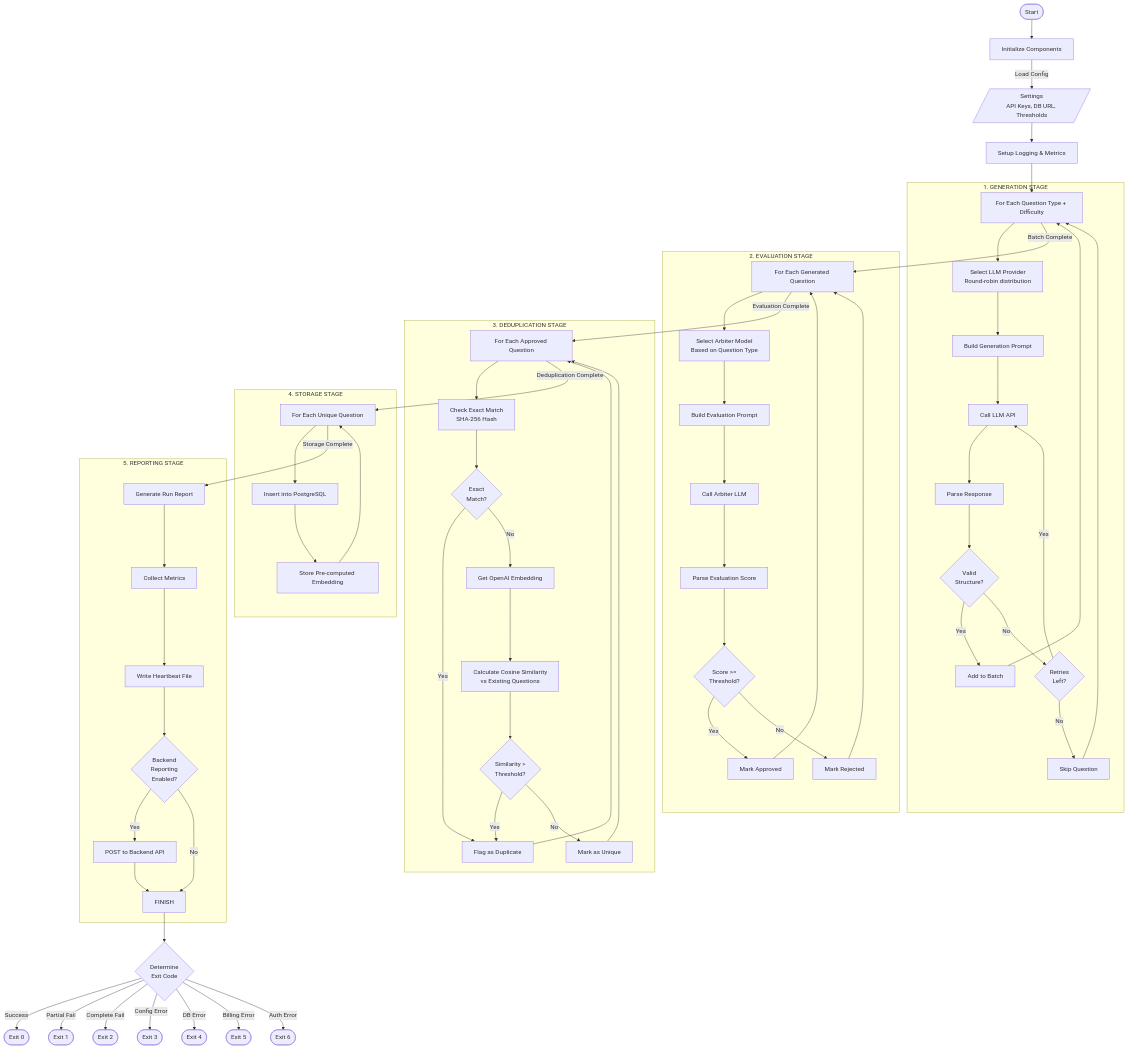
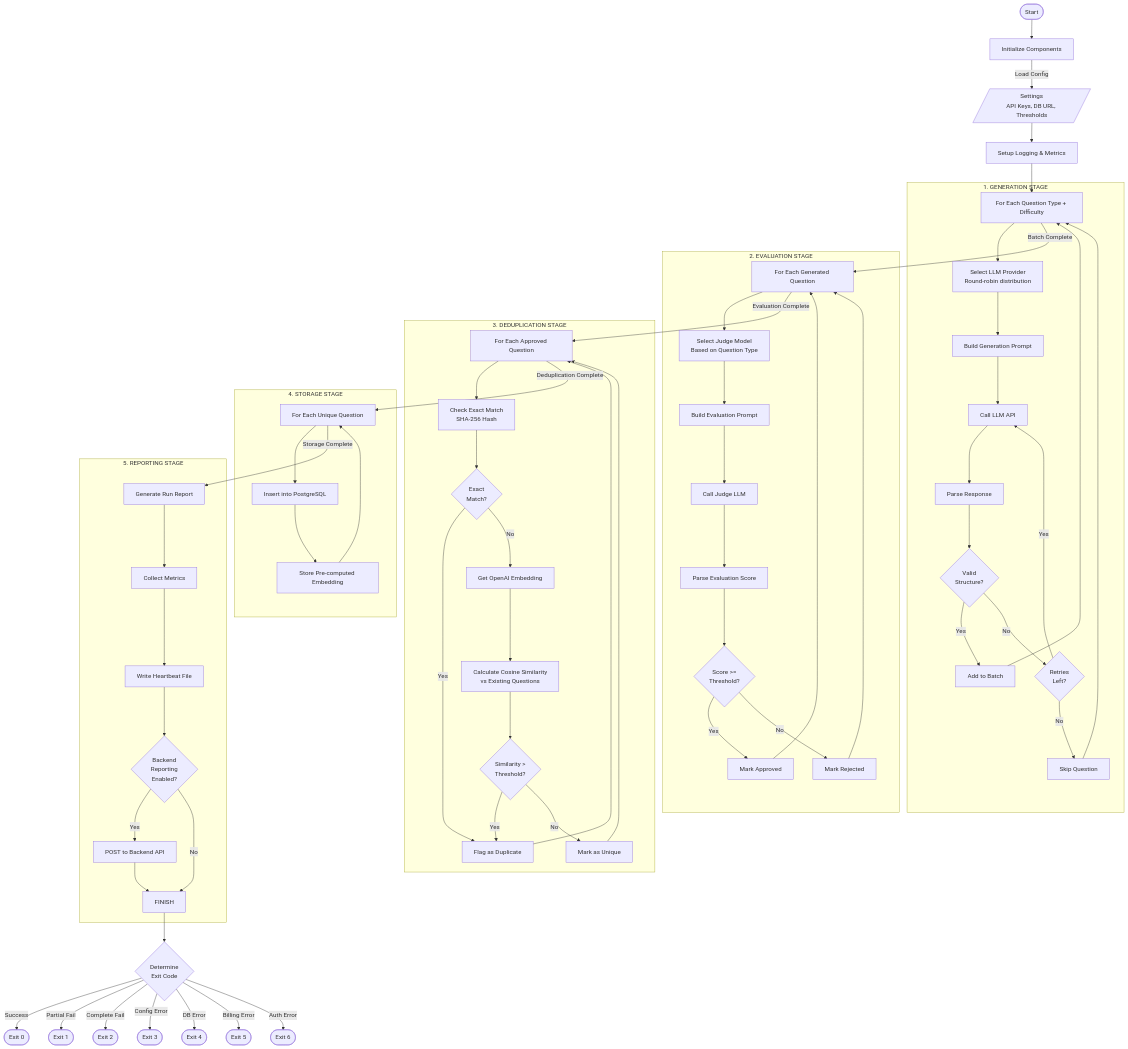
The second of 15 diagrams in question-service/docs/ARCHITECTURE.md (gioe/aiq), drawn with Mermaid before and after one commit. The commit also changed other lines of this file and 58 other files, not shown here.

First line of the commit message:
refactor: Rename arbiter to judge throughout codebase

````diff
--- a/question-service/docs/ARCHITECTURE.md
+++ b/question-service/docs/ARCHITECTURE.md
@@ -64,80 +64,80 @@
 ```mermaid
 flowchart TD
     START([Start]) --> INIT[Initialize Components]
 
     INIT --> |Load Config| CONFIG[/"Settings<br/>API Keys, DB URL, Thresholds"/]
     CONFIG --> SETUP[Setup Logging & Metrics]
 
     SETUP --> GENLOOP[For Each Question Type + Difficulty]
 
     subgraph Generation["1. GENERATION STAGE"]
         GENLOOP --> SELECT[Select LLM Provider<br/>Round-robin distribution]
         SELECT --> PROMPT[Build Generation Prompt]
         PROMPT --> CALL_LLM[Call LLM API]
         CALL_LLM --> PARSE[Parse Response]
         PARSE --> VALIDATE{Valid<br/>Structure?}
         VALIDATE -->|Yes| BATCH[Add to Batch]
         VALIDATE -->|No| RETRY{Retries<br/>Left?}
         RETRY -->|Yes| CALL_LLM
         RETRY -->|No| SKIP[Skip Question]
         SKIP --> GENLOOP
         BATCH --> GENLOOP
     end
 
     GENLOOP --> |Batch Complete| EVALLOOP[For Each Generated Question]
 
     subgraph Evaluation["2. EVALUATION STAGE"]
-        EVALLOOP --> ARBITER[Select Arbiter Model<br/>Based on Question Type]
-        ARBITER --> EVAL_PROMPT[Build Evaluation Prompt]
-        EVAL_PROMPT --> EVAL_CALL[Call Arbiter LLM]
+        EVALLOOP --> JUDGE[Select Judge Model<br/>Based on Question Type]
+        JUDGE --> EVAL_PROMPT[Build Evaluation Prompt]
+        EVAL_PROMPT --> EVAL_CALL[Call Judge LLM]
         EVAL_CALL --> SCORE[Parse Evaluation Score]
         SCORE --> CHECK{Score >= <br/>Threshold?}
         CHECK -->|Yes| APPROVED[Mark Approved]
         CHECK -->|No| REJECTED[Mark Rejected]
         APPROVED --> EVALLOOP
         REJECTED --> EVALLOOP
     end
 
     EVALLOOP --> |Evaluation Complete| DEDUPLOOP[For Each Approved Question]
 
     subgraph Deduplication["3. DEDUPLICATION STAGE"]
         DEDUPLOOP --> EXACT[Check Exact Match<br/>SHA-256 Hash]
         EXACT --> EXACT_CHECK{Exact<br/>Match?}
         EXACT_CHECK -->|Yes| DUP_FLAG[Flag as Duplicate]
         EXACT_CHECK -->|No| EMBED[Get OpenAI Embedding]
         EMBED --> COSINE[Calculate Cosine Similarity<br/>vs Existing Questions]
         COSINE --> SIM_CHECK{Similarity ><br/>Threshold?}
         SIM_CHECK -->|Yes| DUP_FLAG
         SIM_CHECK -->|No| UNIQUE[Mark as Unique]
         DUP_FLAG --> DEDUPLOOP
         UNIQUE --> DEDUPLOOP
     end
 
     DEDUPLOOP --> |Deduplication Complete| STORELOOP[For Each Unique Question]
 
     subgraph Storage["4. STORAGE STAGE"]
         STORELOOP --> INSERT[Insert into PostgreSQL]
         INSERT --> STORE_EMBED[Store Pre-computed Embedding]
         STORE_EMBED --> STORELOOP
     end
 
     STORELOOP --> |Storage Complete| REPORT[Generate Run Report]
 
     subgraph Reporting["5. REPORTING STAGE"]
         REPORT --> METRICS[Collect Metrics]
         METRICS --> HEARTBEAT[Write Heartbeat File]
         HEARTBEAT --> BACKEND_CALL{Backend<br/>Reporting<br/>Enabled?}
         BACKEND_CALL -->|Yes| SEND_REPORT[POST to Backend API]
         BACKEND_CALL -->|No| FINISH
         SEND_REPORT --> FINISH
     end
 
     FINISH --> EXIT_CODE{Determine<br/>Exit Code}
     EXIT_CODE -->|Success| EXIT0([Exit 0])
     EXIT_CODE -->|Partial Fail| EXIT1([Exit 1])
     EXIT_CODE -->|Complete Fail| EXIT2([Exit 2])
     EXIT_CODE -->|Config Error| EXIT3([Exit 3])
     EXIT_CODE -->|DB Error| EXIT4([Exit 4])
     EXIT_CODE -->|Billing Error| EXIT5([Exit 5])
     EXIT_CODE -->|Auth Error| EXIT6([Exit 6])
 ```
````
